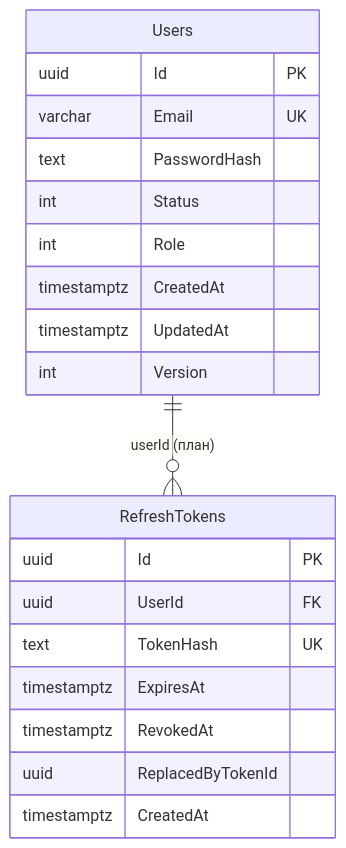
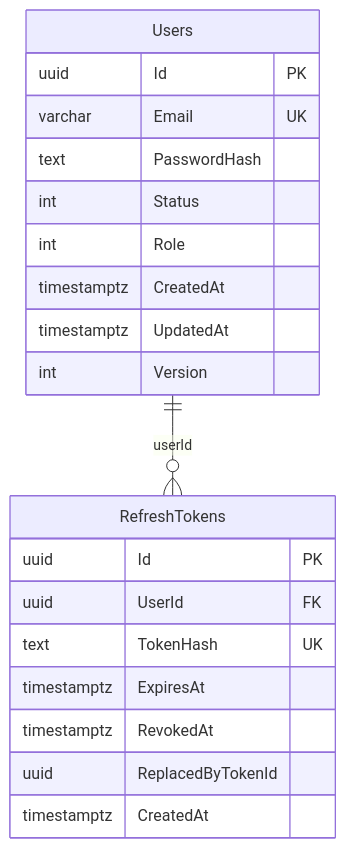
Before and after one commit to PoyarkinES/otus_payment_system: the first of 3 diagrams in docs/db-schema.ru.md, drawn with Mermaid. The commit also changed other lines of this file and 50 other files, not shown here.

````diff
--- a/docs/db-schema.ru.md
+++ b/docs/db-schema.ru.md
@@ -71,23 +75,23 @@
 ```mermaid
 erDiagram
-    Users ||--o{ RefreshTokens : "userId (план)"
+    Users ||--o{ RefreshTokens : "userId"
     Users {
         uuid Id PK
         varchar Email UK
         text PasswordHash
         int Status
         int Role
         timestamptz CreatedAt
         timestamptz UpdatedAt
         int Version
     }
     RefreshTokens {
         uuid Id PK
         uuid UserId FK
         text TokenHash UK
         timestamptz ExpiresAt
         timestamptz RevokedAt
         uuid ReplacedByTokenId
         timestamptz CreatedAt
     }
 ```
````
